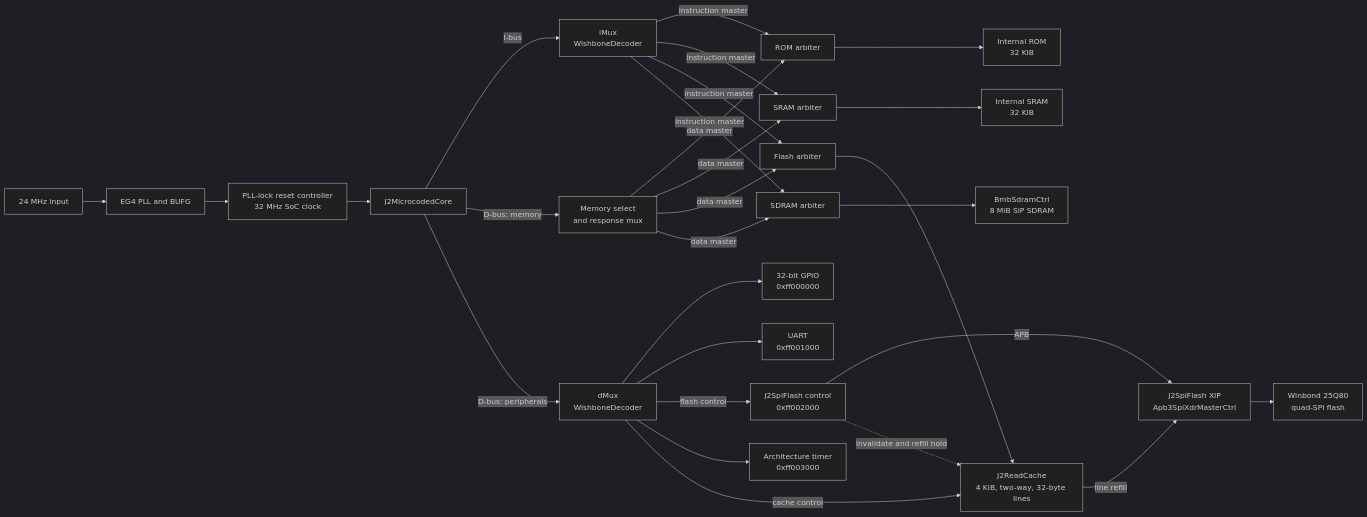
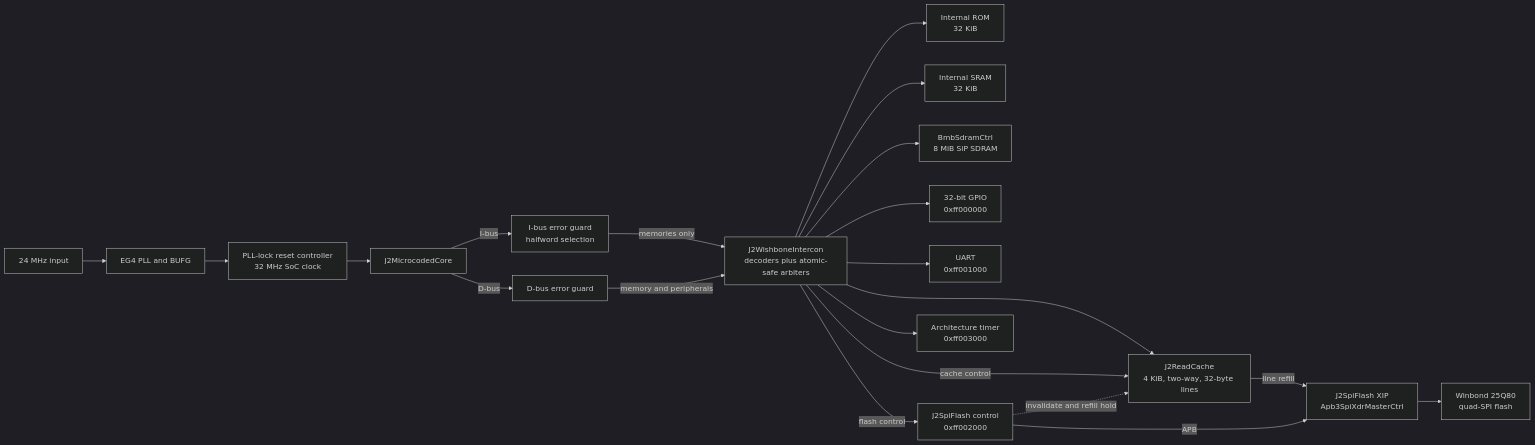
Before and after one commit to PreviousVOD/VexJ2: the diagram in README.md, drawn with Mermaid (dark theme). The commit also changed other lines of this file and 13 other files, not shown here.

Commit message:
Add validated Wishbone matrix and SDRAM boot loading

````diff
--- a/README.md
+++ b/README.md
@@ -42,34 +42,26 @@
 ```mermaid
 flowchart LR
   CLK[24 MHz input] --> PLL[EG4 PLL and BUFG]
   PLL --> RESET[PLL-lock reset controller<br/>32 MHz SoC clock]
   RESET --> CPU[J2MicrocodedCore]
 
-  CPU -->|I-bus| IMUX[iMux<br/>WishboneDecoder]
-  CPU -->|D-bus: memory| DMEM[Memory select<br/>and response mux]
-  CPU -->|D-bus: peripherals| DMUX[dMux<br/>WishboneDecoder]
+  CPU -->|I-bus| IGUARD[I-bus error guard<br/>halfword selection]
+  CPU -->|D-bus| DGUARD[D-bus error guard]
+  IGUARD -->|memories only| MATRIX[J2WishboneIntercon<br/>decoders plus atomic-safe arbiters]
+  DGUARD -->|memory and peripherals| MATRIX
 
-  IMUX -->|instruction master| RA[ROM arbiter]
-  IMUX -->|instruction master| SA[SRAM arbiter]
-  IMUX -->|instruction master| FA[Flash arbiter]
-  IMUX -->|instruction master| DA[SDRAM arbiter]
-  DMEM -->|data master| RA
-  DMEM -->|data master| SA
-  DMEM -->|data master| FA
-  DMEM -->|data master| DA
-
-  RA --> ROM[Internal ROM<br/>32 KiB]
-  SA --> SRAM[Internal SRAM<br/>32 KiB]
-  FA --> CACHE[J2ReadCache<br/>4 KiB, two-way, 32-byte lines]
+  MATRIX --> ROM[Internal ROM<br/>32 KiB]
+  MATRIX --> SRAM[Internal SRAM<br/>32 KiB]
+  MATRIX --> CACHE[J2ReadCache<br/>4 KiB, two-way, 32-byte lines]
   CACHE -->|line refill| XIP[J2SpiFlash XIP<br/>Apb3SpiXdrMasterCtrl]
   XIP --> FLASH[Winbond 25Q80<br/>quad-SPI flash]
-  DA --> SDRAM[BmbSdramCtrl<br/>8 MiB SiP SDRAM]
+  MATRIX --> SDRAM[BmbSdramCtrl<br/>8 MiB SiP SDRAM]
 
-  DMUX --> GPIO[32-bit GPIO<br/>0xff000000]
-  DMUX --> UART[UART<br/>0xff001000]
-  DMUX -->|flash control| CTRL[J2SpiFlash control<br/>0xff002000]
-  DMUX --> TIMER[Architecture timer<br/>0xff003000]
-  DMUX -->|cache control| CACHE
+  MATRIX --> GPIO[32-bit GPIO<br/>0xff000000]
+  MATRIX --> UART[UART<br/>0xff001000]
+  MATRIX -->|flash control| CTRL[J2SpiFlash control<br/>0xff002000]
+  MATRIX --> TIMER[Architecture timer<br/>0xff003000]
+  MATRIX -->|cache control| CACHE
   CTRL -->|APB| XIP
   CTRL -. invalidate and refill hold .-> CACHE
 ```
````
